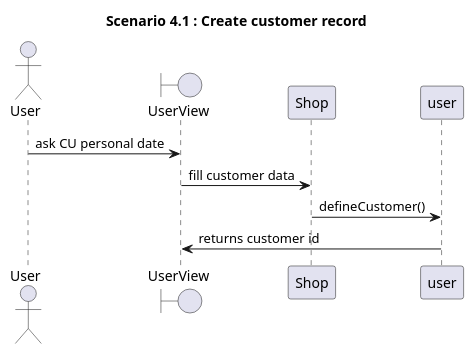
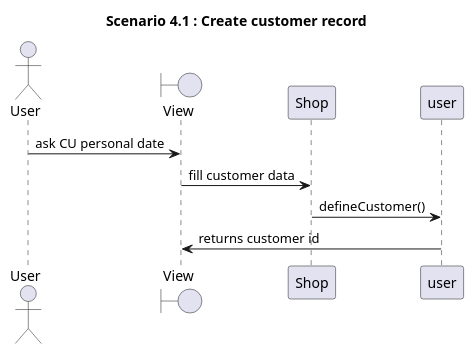
Diagram 12 of 28 in Deliverables/DesignDocument.md (zitabou/EZShop), drawn with PlantUML before and after one commit. The commit also changed other lines of this file, not shown here.

````diff
--- a/Deliverables/DesignDocument.md
+++ b/Deliverables/DesignDocument.md
@@ -460,14 +460,14 @@
 ```plantuml
 
 title 
 **Scenario 4.1** : Create customer record
 end title
 
 actor User
-Boundary UserView
-User -> UserView: ask CU personal date
-UserView -> Shop: fill customer data
+Boundary View
+User -> View: ask CU personal date
+View -> Shop: fill customer data
 Shop -> user: defineCustomer()
-user -> UserView: returns customer id
+user -> View: returns customer id
 
 ```
````
